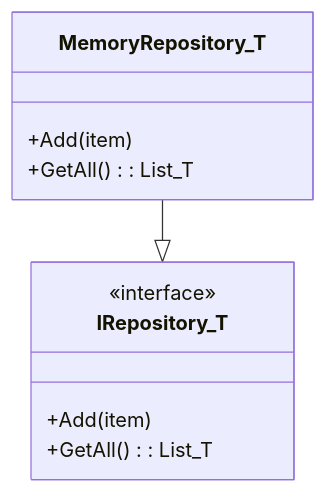
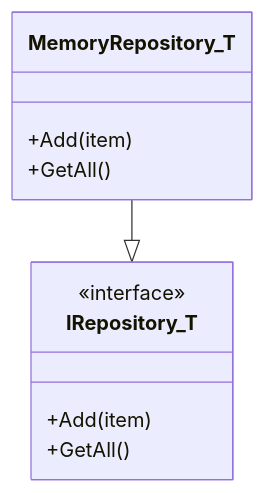
Before and after one commit to buribalkan/C-SHARP-Training: the second of 2 diagrams in Generics.md, drawn with Mermaid. The commit also changed other lines of this file, not shown here.

````diff
--- a/Generics.md
+++ b/Generics.md
@@ -212,15 +212,15 @@
 ```mermaid
 classDiagram
-    class IRepository_T {
-        <<interface>>
-        +Add(item)
-        +GetAll() : List_T
-    }
+class IRepository_T {
+    <<interface>>
+    +Add(item)
+    +GetAll()
+}
 
-    class MemoryRepository_T {
-        +Add(item)
-        +GetAll() : List_T
-    }
+class MemoryRepository_T {
+    +Add(item)
+    +GetAll()
+}
 
-    MemoryRepository_T --|> IRepository_T
+MemoryRepository_T --|> IRepository_T
 ```
````
